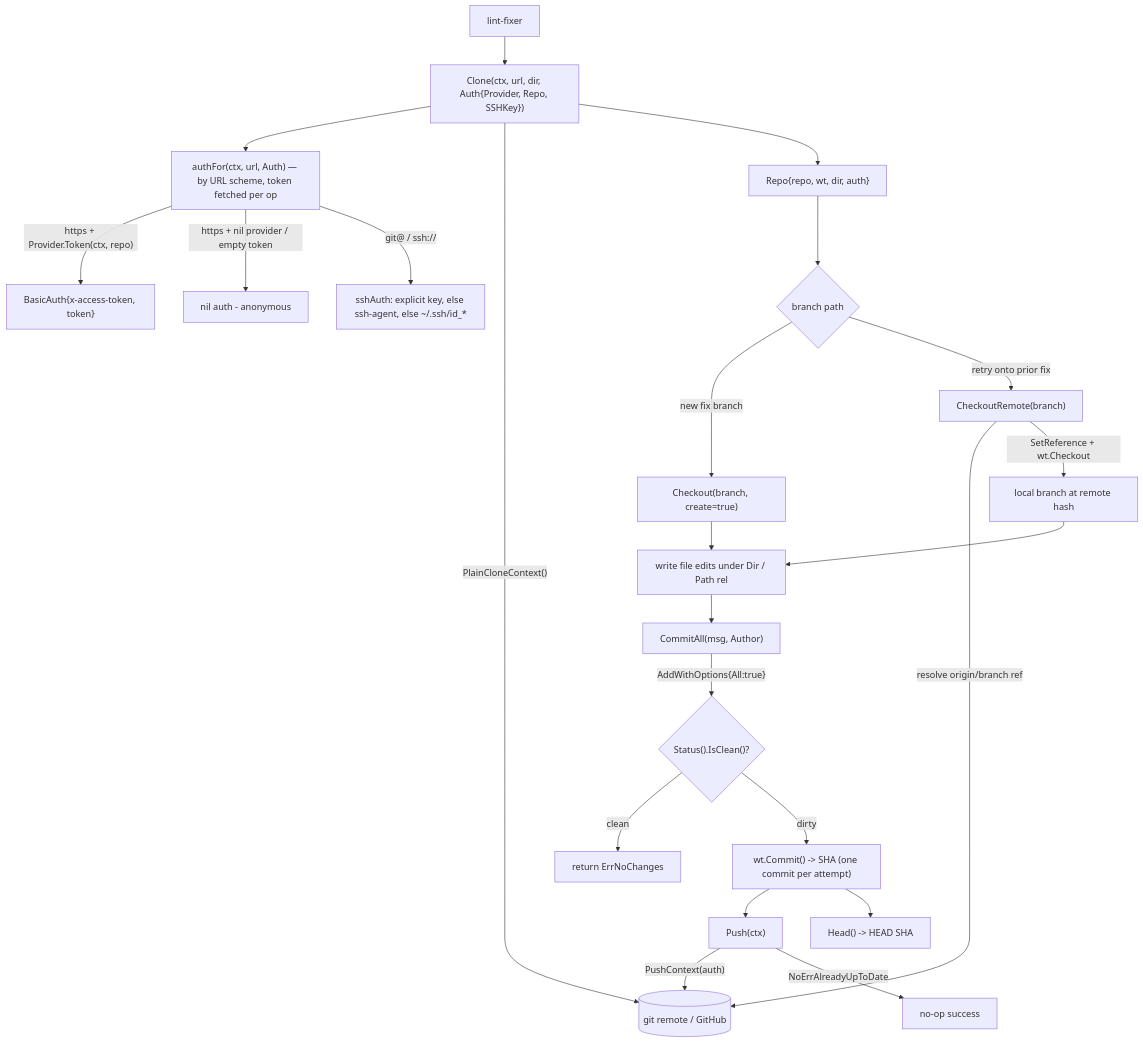
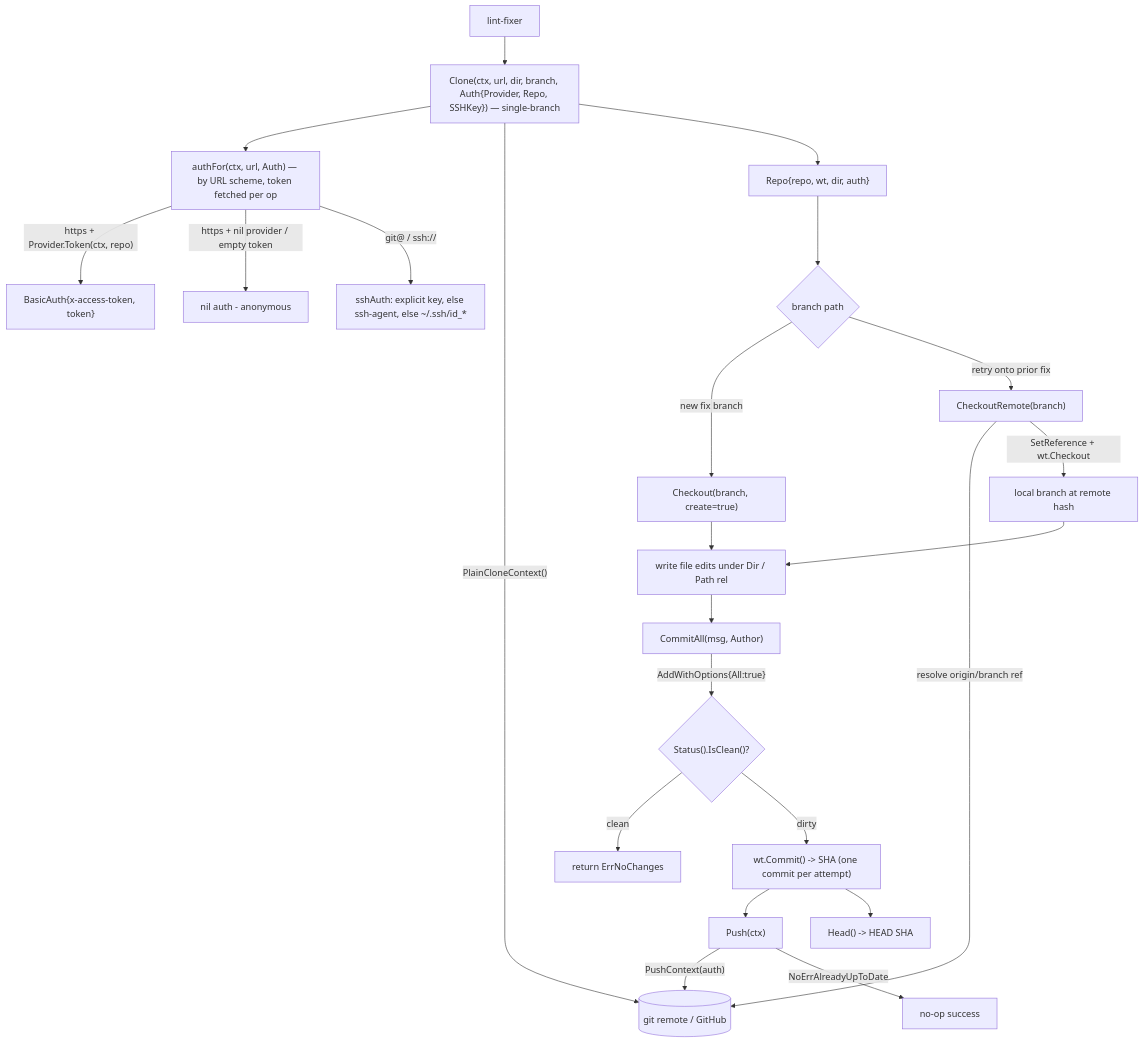
The diagram in okf/modules/platform/gitrepo.md (jkjamies/automation-agent), drawn with Mermaid before and after one commit. The commit also changed other lines of this file and 20 other files, not shown here.

First line of the commit message:
Size the model limits to the provider, bound fan-out, and stop cloning every branch (#58)

````diff
--- a/okf/modules/platform/gitrepo.md
+++ b/okf/modules/platform/gitrepo.md
@@ -19,27 +31,27 @@
 ```mermaid
 flowchart TD
-    LF[lint-fixer] --> CL["Clone(ctx, url, dir, Auth{Provider, Repo, SSHKey})"]
+    LF[lint-fixer] --> CL["Clone(ctx, url, dir, branch, Auth{Provider, Repo, SSHKey}) — single-branch"]
     CL --> AF["authFor(ctx, url, Auth) — by URL scheme, token fetched per op"]
     AF -->|"https + Provider.Token(ctx, repo)"| BA["BasicAuth{x-access-token, token}"]
     AF -->|"https + nil provider / empty token"| NIL[nil auth - anonymous]
     AF -->|"git@ / ssh://"| SSH["sshAuth: explicit key, else ssh-agent, else ~/.ssh/id_*"]
     CL -->|"PlainCloneContext()"| REM[(git remote / GitHub)]
     CL --> REPO["Repo{repo, wt, dir, auth}"]
 
     REPO --> BR{branch path}
     BR -->|new fix branch| CO["Checkout(branch, create=true)"]
     BR -->|retry onto prior fix| COR["CheckoutRemote(branch)"]
     COR -->|"resolve origin/branch ref"| REM
     COR -->|SetReference + wt.Checkout| LOCAL[local branch at remote hash]
 
     CO --> EDIT[write file edits under Dir / Path rel]
     LOCAL --> EDIT
     EDIT --> CA["CommitAll(msg, Author)"]
     CA -->|"AddWithOptions{All:true}"| ST{"Status().IsClean()?"}
     ST -->|clean| NC["return ErrNoChanges"]
     ST -->|dirty| CMT["wt.Commit() -> SHA (one commit per attempt)"]
     CMT --> PUSH["Push(ctx)"]
     PUSH -->|"PushContext(auth)"| REM
     PUSH -->|NoErrAlreadyUpToDate| OKUP[no-op success]
     CMT --> HEAD["Head() -> HEAD SHA"]
 ```
````
